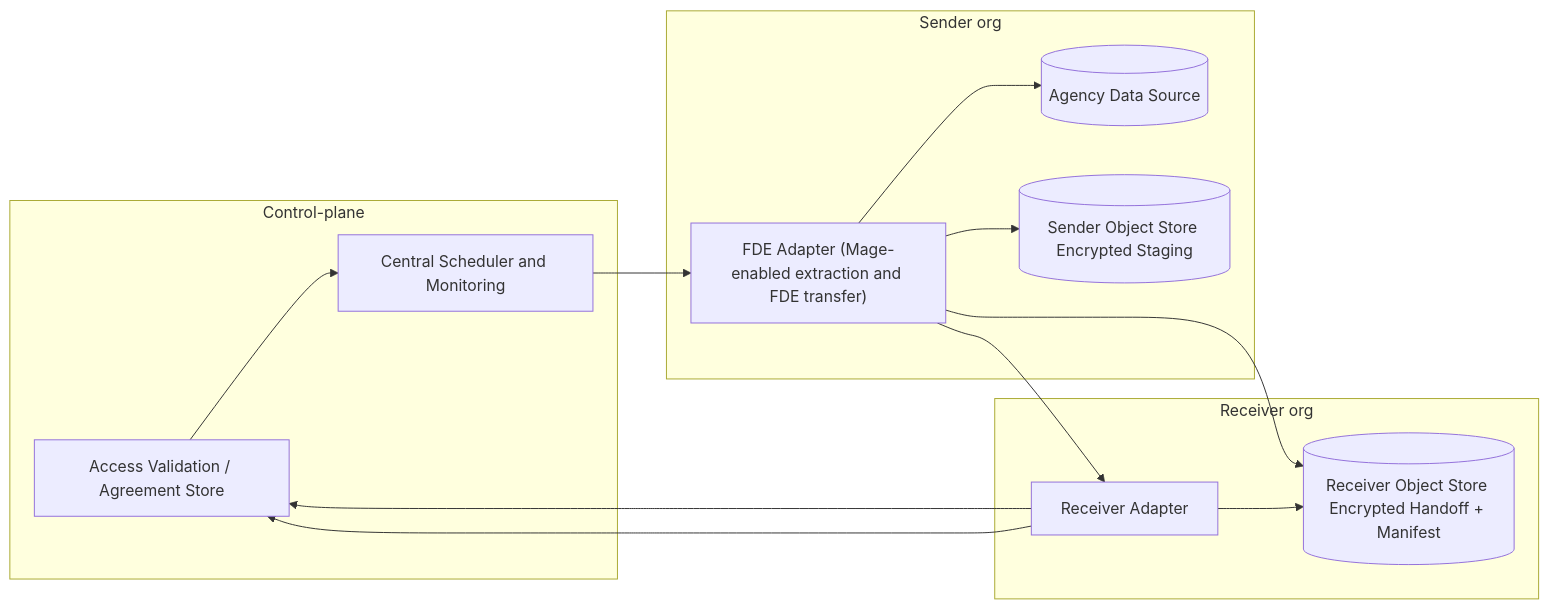
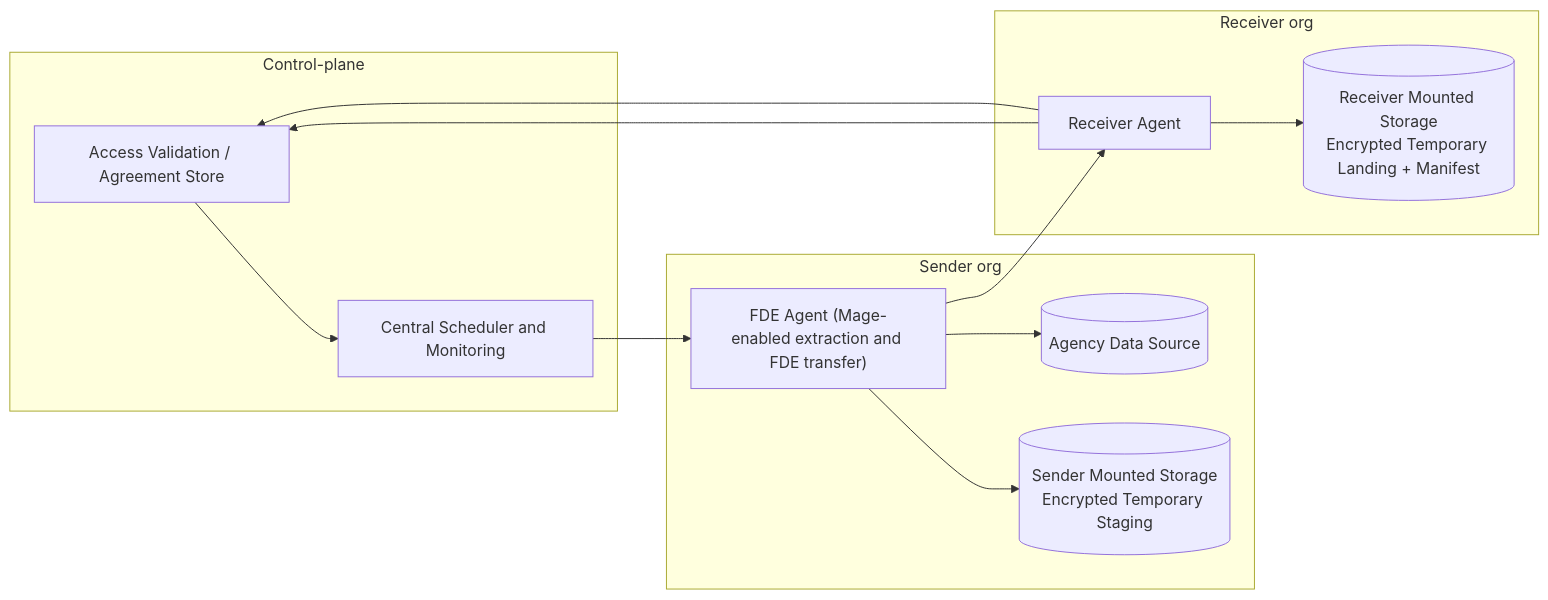
Before and after one commit to GSA-TTS/TTSE-Redwood: the fourth of 8 diagrams in docs/adr/0001-fde-architecture-diagrams.md, drawn with Mermaid. The commit also changed other lines of this file and 1 other file, not shown here.

First line of the commit message:
WIP: refine FDE agent transfer flow (static mounts, SSH agent-to-agent)

````diff
--- a/docs/adr/0001-fde-architecture-diagrams.md
+++ b/docs/adr/0001-fde-architecture-diagrams.md
@@ -115,28 +111,27 @@
 ```mermaid
 flowchart LR
   subgraph ControlPlane[Control-plane]
     AV3[Access Validation / Agreement Store]
     CP3["Central Scheduler and Monitoring"]
   end
 
   subgraph AgencyBoundary[Sender org]
-    A3["FDE Adapter (Mage-enabled extraction and FDE transfer)"]
+    A3["FDE Agent (Mage-enabled extraction and FDE transfer)"]
     SRC3[(Agency Data Source)]
-    SOS3[(Sender Object Store Encrypted Staging)]
+    SMS3[(Sender Mounted Storage<br/>Encrypted Temporary Staging)]
   end
 
   subgraph ReceiverSide[Receiver org]
-    R3[Receiver Adapter]
-    ROS3[(Receiver Object Store Encrypted Handoff + Manifest)]
+    RMS3[(Receiver Mounted Storage<br/>Encrypted Temporary Landing + Manifest)]
+    R3[Receiver Agent]
   end
 
   R3 --> AV3
   AV3 --> CP3
   CP3 --> A3
   A3 --> SRC3
-  A3 --> SOS3
-  A3 --> ROS3
-  R3 --> ROS3
+  A3 --> SMS3
   A3 --> R3
+  R3 --> RMS3
   R3 --> AV3
 ```
````
